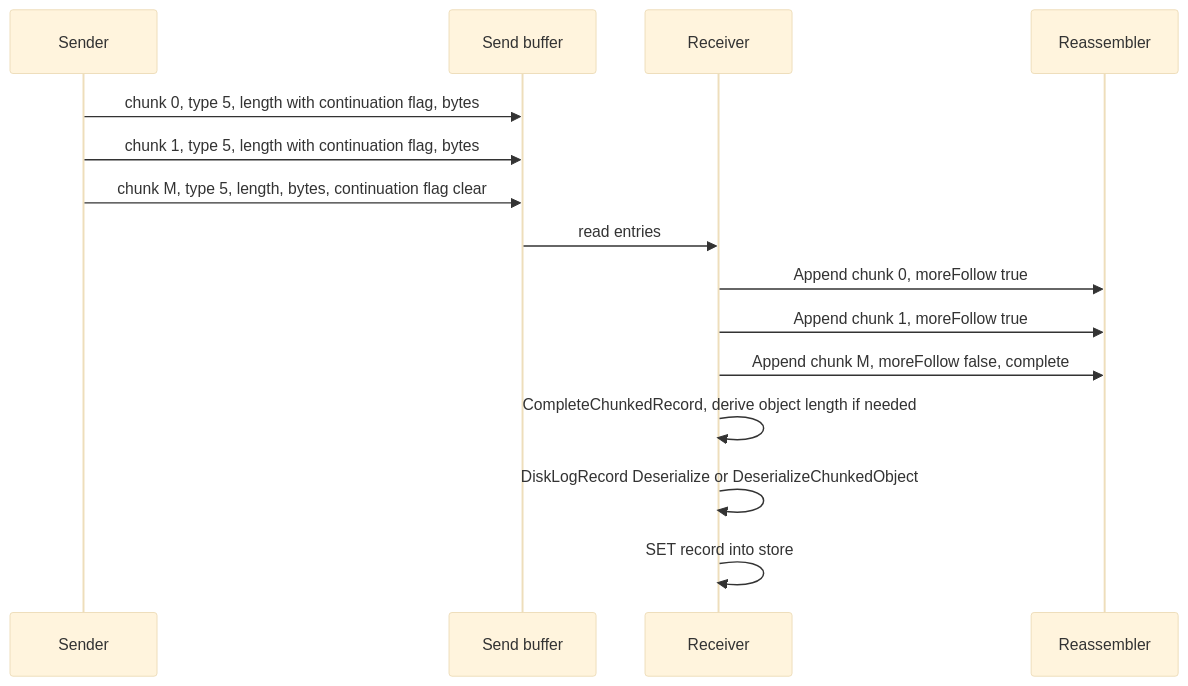
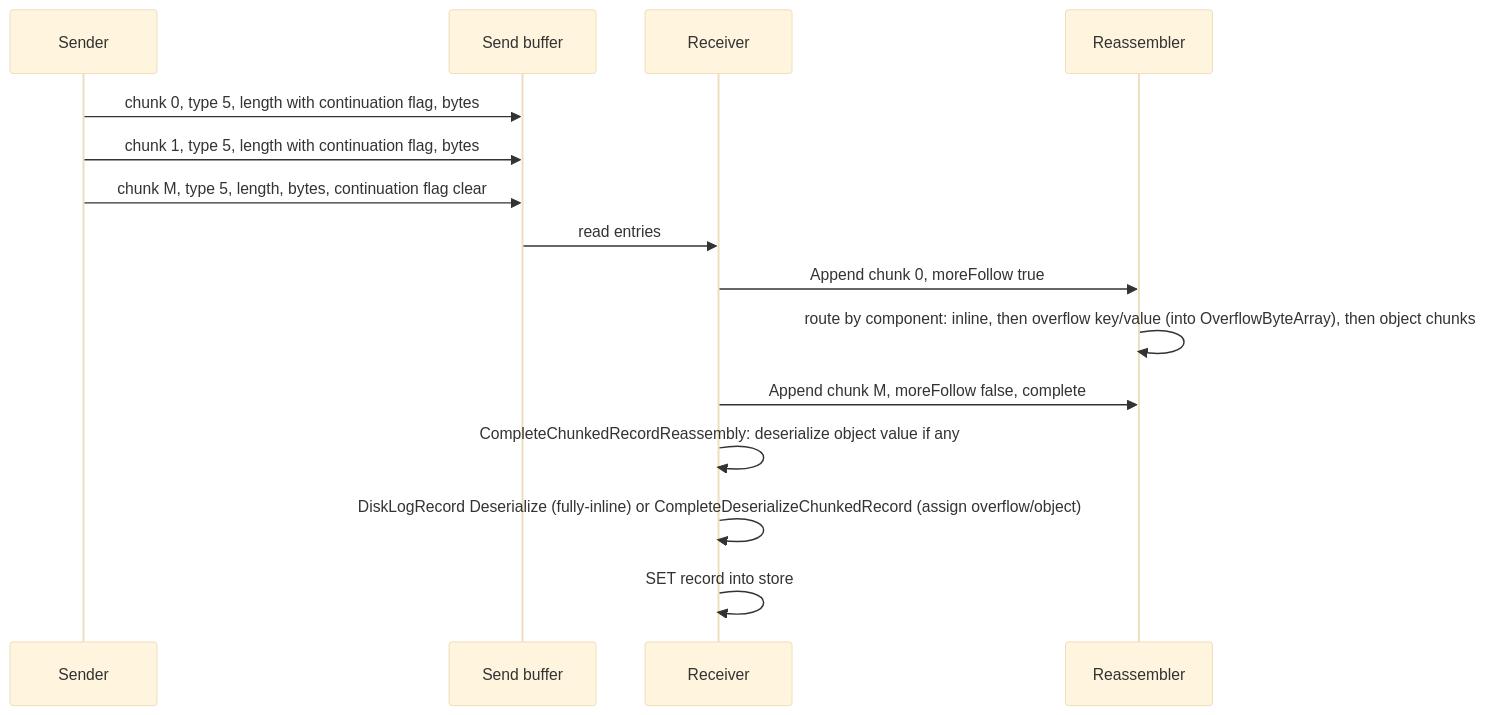
One commit to microsoft/garnet changed the third of 3 diagrams in website/docs/dev/migration-replication-record-layout.md. Above: the diagram before and after it, drawn with Mermaid (base theme). The commit also changed other lines of this file and 16 other files, not shown here.

````diff
--- a/website/docs/dev/migration-replication-record-layout.md
+++ b/website/docs/dev/migration-replication-record-layout.md
@@ -249,17 +286,17 @@
 ```mermaid
 sequenceDiagram
     participant P as Sender
     participant N as Send buffer
     participant T as Receiver
     participant A as Reassembler
     P->>N: chunk 0, type 5, length with continuation flag, bytes
     P->>N: chunk 1, type 5, length with continuation flag, bytes
     P->>N: chunk M, type 5, length, bytes, continuation flag clear
     N->>T: read entries
     T->>A: Append chunk 0, moreFollow true
-    T->>A: Append chunk 1, moreFollow true
+    A->>A: route by component: inline, then overflow key/value (into OverflowByteArray), then object chunks
     T->>A: Append chunk M, moreFollow false, complete
-    T->>T: CompleteChunkedRecord, derive object length if needed
-    T->>T: DiskLogRecord Deserialize or DeserializeChunkedObject
+    T->>T: CompleteChunkedRecordReassembly: deserialize object value if any
+    T->>T: DiskLogRecord Deserialize (fully-inline) or CompleteDeserializeChunkedRecord (assign overflow/object)
     T->>T: SET record into store
 ```
````
